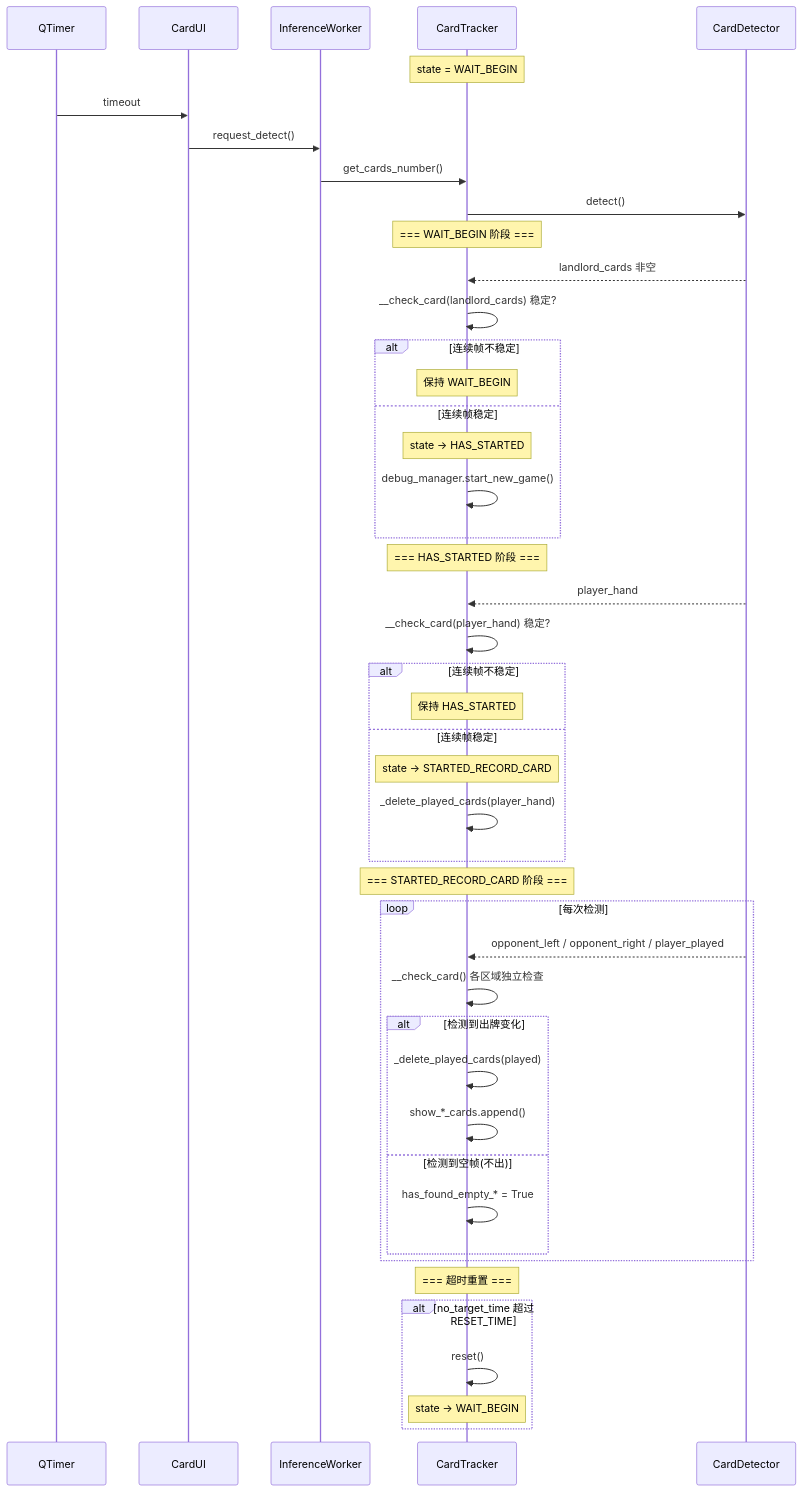
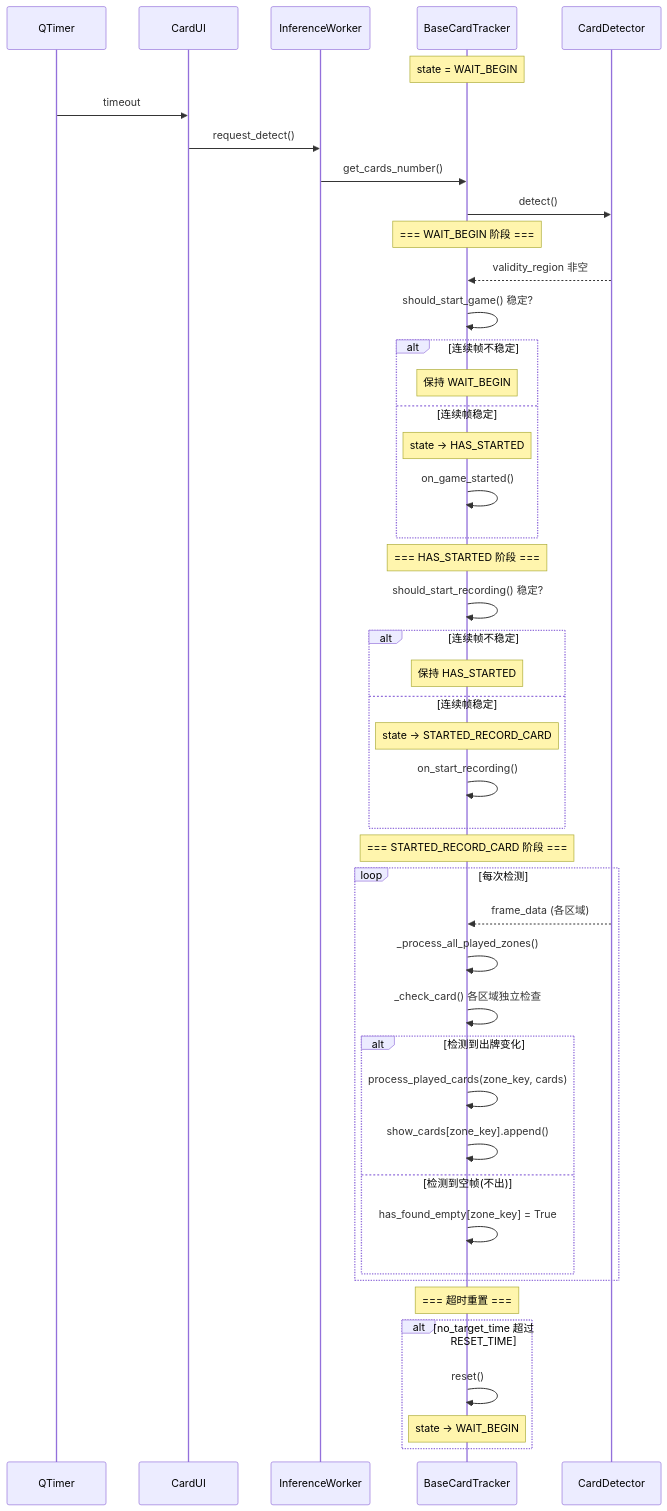
Before and after one commit to luckFan0519/han-card-tracker: the fourth of 5 diagrams in docs/sequence-diagram.md, drawn with Mermaid. The commit also changed other lines of this file and 14 other files, not shown here.

````diff
--- a/docs/sequence-diagram.md
+++ b/docs/sequence-diagram.md
@@ -165,53 +167,53 @@
 ```mermaid
 sequenceDiagram
     participant Timer as QTimer
     participant UI as CardUI
     participant Worker as InferenceWorker
-    participant Tracker as CardTracker
+    participant Tracker as BaseCardTracker
     participant Detector as CardDetector
 
     Note over Tracker: state = WAIT_BEGIN
 
     Timer->>UI: timeout
     UI->>Worker: request_detect()
     Worker->>Tracker: get_cards_number()
     Tracker->>Detector: detect()
 
     Note over Tracker: === WAIT_BEGIN 阶段 ===
-    Detector-->>Tracker: landlord_cards 非空
-    Tracker->>Tracker: __check_card(landlord_cards) 稳定?
+    Detector-->>Tracker: validity_region 非空
+    Tracker->>Tracker: should_start_game() 稳定?
     alt 连续帧不稳定
         Note over Tracker: 保持 WAIT_BEGIN
     else 连续帧稳定
         Note over Tracker: state → HAS_STARTED
-        Tracker->>Tracker: debug_manager.start_new_game()
+        Tracker->>Tracker: on_game_started()
     end
 
     Note over Tracker: === HAS_STARTED 阶段 ===
-    Detector-->>Tracker: player_hand
-    Tracker->>Tracker: __check_card(player_hand) 稳定?
+    Tracker->>Tracker: should_start_recording() 稳定?
     alt 连续帧不稳定
         Note over Tracker: 保持 HAS_STARTED
     else 连续帧稳定
         Note over Tracker: state → STARTED_RECORD_CARD
-        Tracker->>Tracker: _delete_played_cards(player_hand)
+        Tracker->>Tracker: on_start_recording()
     end
 
     Note over Tracker: === STARTED_RECORD_CARD 阶段 ===
     loop 每次检测
-        Detector-->>Tracker: opponent_left / opponent_right / player_played
-        Tracker->>Tracker: __check_card() 各区域独立检查
+        Detector-->>Tracker: frame_data (各区域)
+        Tracker->>Tracker: _process_all_played_zones()
+        Tracker->>Tracker: _check_card() 各区域独立检查
         alt 检测到出牌变化
-            Tracker->>Tracker: _delete_played_cards(played)
-            Tracker->>Tracker: show_*_cards.append()
+            Tracker->>Tracker: process_played_cards(zone_key, cards)
+            Tracker->>Tracker: show_cards[zone_key].append()
         else 检测到空帧(不出)
-            Tracker->>Tracker: has_found_empty_* = True
+            Tracker->>Tracker: has_found_empty[zone_key] = True
         end
     end
 
     Note over Tracker: === 超时重置 ===
     alt no_target_time 超过 RESET_TIME
         Tracker->>Tracker: reset()
         Note over Tracker: state → WAIT_BEGIN
     end
 ```
````
